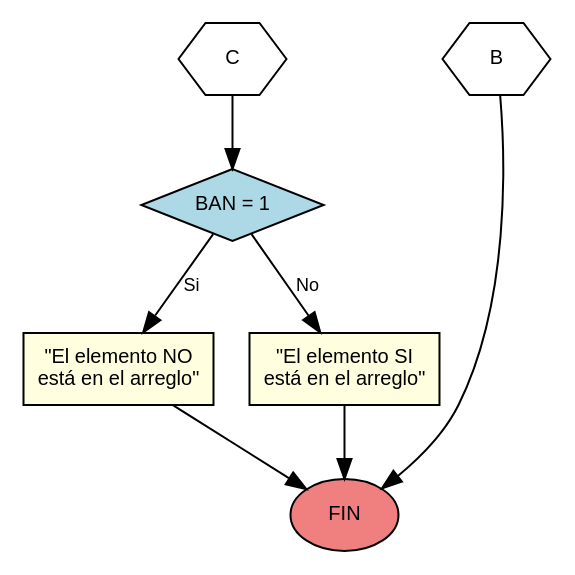
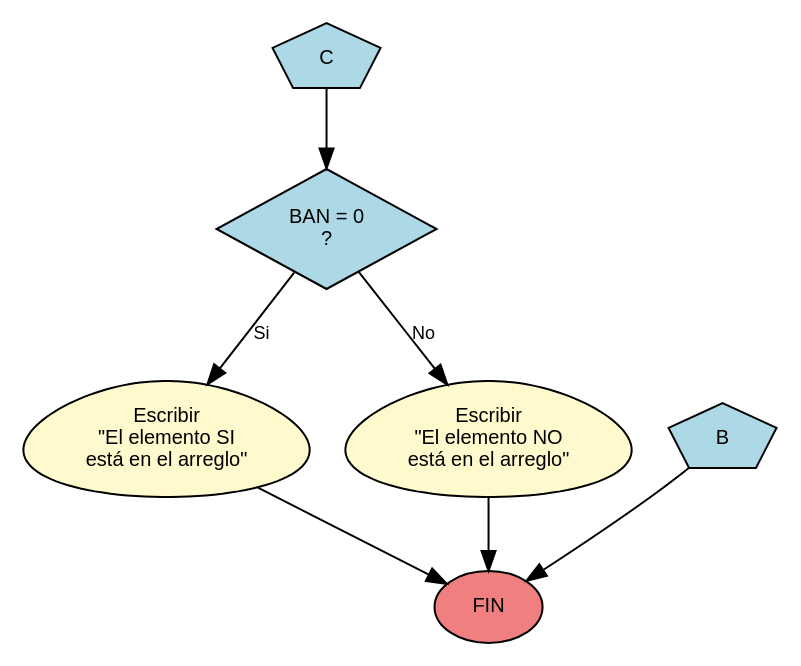
The diagram in diagramas/ejemplo_4_7_parte_c.dot (D1egoXD/JAVA-TICS), drawn with Graphviz before and after one commit. The commit also changed 3 other files, not shown here.

```diff
--- a/diagramas/ejemplo_4_7_parte_c.dot
+++ b/diagramas/ejemplo_4_7_parte_c.dot
@@ -1,31 +1,28 @@
-digraph problema_4_7_parte_3 {
+digraph BusquedaBinaria_Parte_C {
     // Configuración general
     rankdir=TB;
-    node [shape=box, style=filled, fillcolor=lightblue, fontname="Arial", fontsize=10];
+    node [shape=box, style=filled, fontname="Arial", fontsize=10];
     edge [fontname="Arial", fontsize=9];
 
     // Conectores de entrada
-    conector_c [label="C", shape=hexagon, fillcolor=white];
-    conector_b [label="B", shape=hexagon, fillcolor=white];
+    conectorC [label="C", shape=pentagon, fillcolor="#ADD8E6", color=black, fontcolor=black];
+    conectorB [label="B", shape=pentagon, fillcolor="#ADD8E6", color=black, fontcolor=black];
 
     // Nodo de decisión
-    check_ban [label="BAN = 1", shape=diamond, fillcolor=lightblue];
+    checkBan [label="BAN = 0\n?", shape=diamond, fillcolor="#ADD8E6", color=black, fontcolor=black];
 
-    // Nodos de salida (mensajes)
-    no_encontrado [label="\"El elemento NO\nestá en el arreglo\"", shape=box, fillcolor=lightyellow];
-    encontrado [label="\"El elemento SI\nestá en el arreglo\"", shape=box, fillcolor=lightyellow];
+    // Nodos de salida
+    msgEncontrado [label="Escribir\n\"El elemento SI\nestá en el arreglo\"", shape=egg, fillcolor="#FFFACD", color=black, fontcolor=black];
+    msgNoEncontrado [label="Escribir\n\"El elemento NO\nestá en el arreglo\"", shape=egg, fillcolor="#FFFACD", color=black, fontcolor=black];
 
     // Nodo final
-    fin [label="FIN", shape=ellipse, fillcolor=lightcoral];
+    fin [label="FIN", shape=oval, fillcolor="#F08080", color=black, fontcolor=black];
 
     // Conexiones
-    conector_c -> check_ban;
-    check_ban -> no_encontrado [label="Si"];
-    check_ban -> encontrado [label="No"];
-    no_encontrado -> fin;
-    encontrado -> fin;
-    conector_b -> fin;
-
-    // Alinear los conectores C y B
-    {rank=same; conector_c; conector_b}
+    conectorC -> checkBan;
+    checkBan -> msgEncontrado [label="Si"];
+    checkBan -> msgNoEncontrado [label="No"];
+    msgEncontrado -> fin;
+    msgNoEncontrado -> fin;
+    conectorB -> fin;
 }
```
